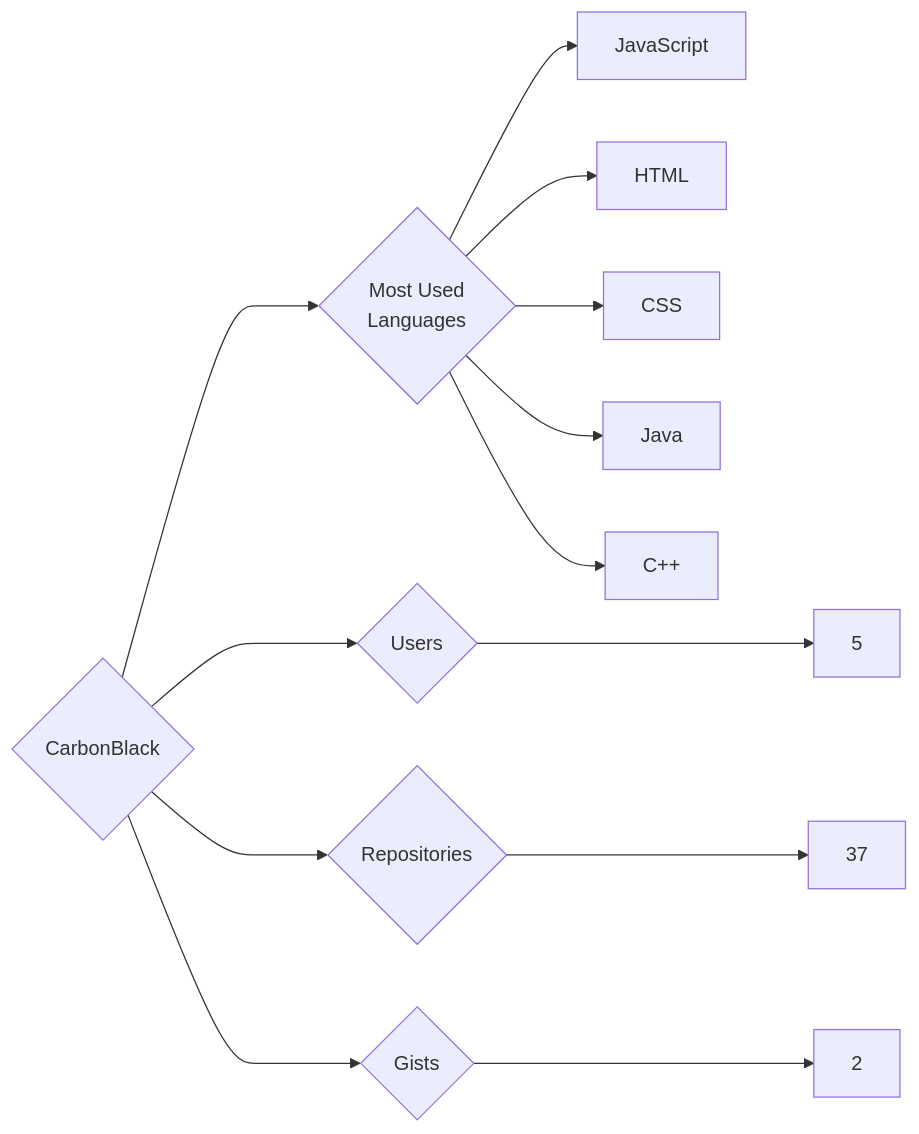
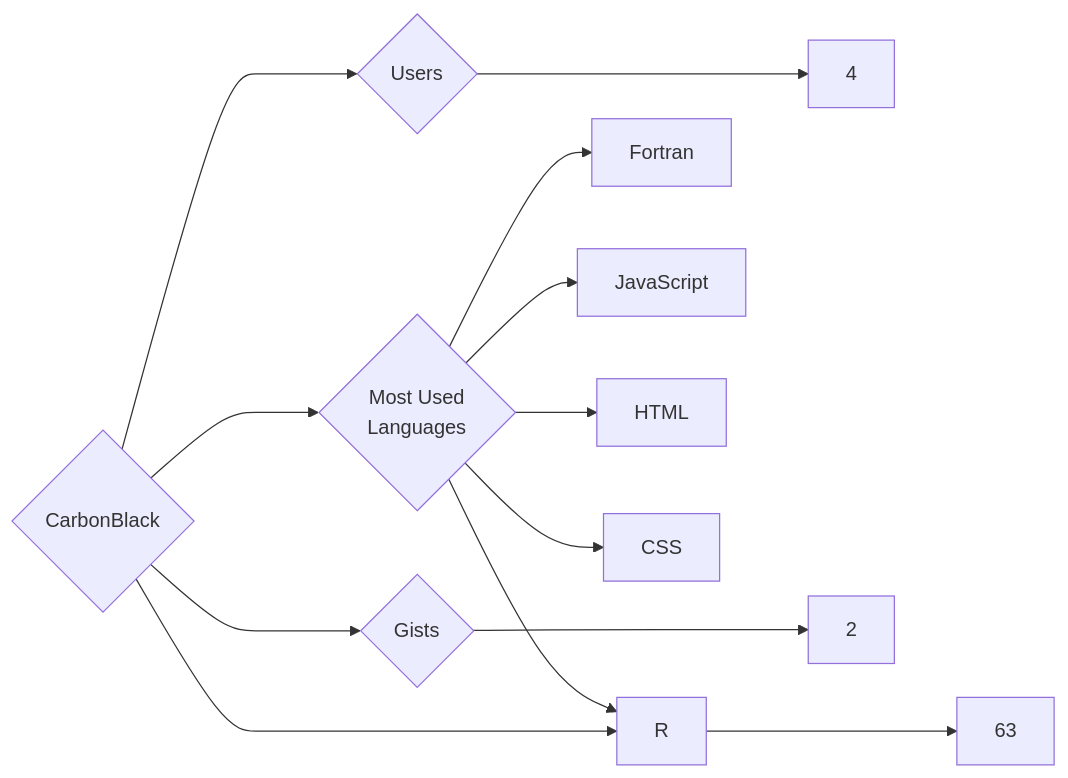
Before and after one commit to trickest/insiders: the diagram in targets/CarbonBlack/README.md, drawn with Mermaid. The commit also changed 874 other files, not shown here.

````diff
--- a/targets/CarbonBlack/README.md
+++ b/targets/CarbonBlack/README.md
@@ -3,13 +3,13 @@
 ```mermaid
 graph LR
 COMPANY_NAME{CarbonBlack}
-COMPANY_NAME ---> U{Users} ---> UN[5]
-COMPANY_NAME ---> R{Repositories} ---> RN[37]
+COMPANY_NAME ---> U{Users} ---> UN[4]
+COMPANY_NAME ---> R{Repositories} ---> RN[63]
 COMPANY_NAME ---> G{Gists} ---> GN[2]
 COMPANY_NAME ---> ML{Most Used<br>Languages}
+ML --> Fortran[Fortran]
 ML --> JavaScript[JavaScript]
 ML --> HTML[HTML]
+ML --> R[R]
 ML --> CSS[CSS]
-ML --> Java[Java]
-ML --> C++[C++]
 ```
````
